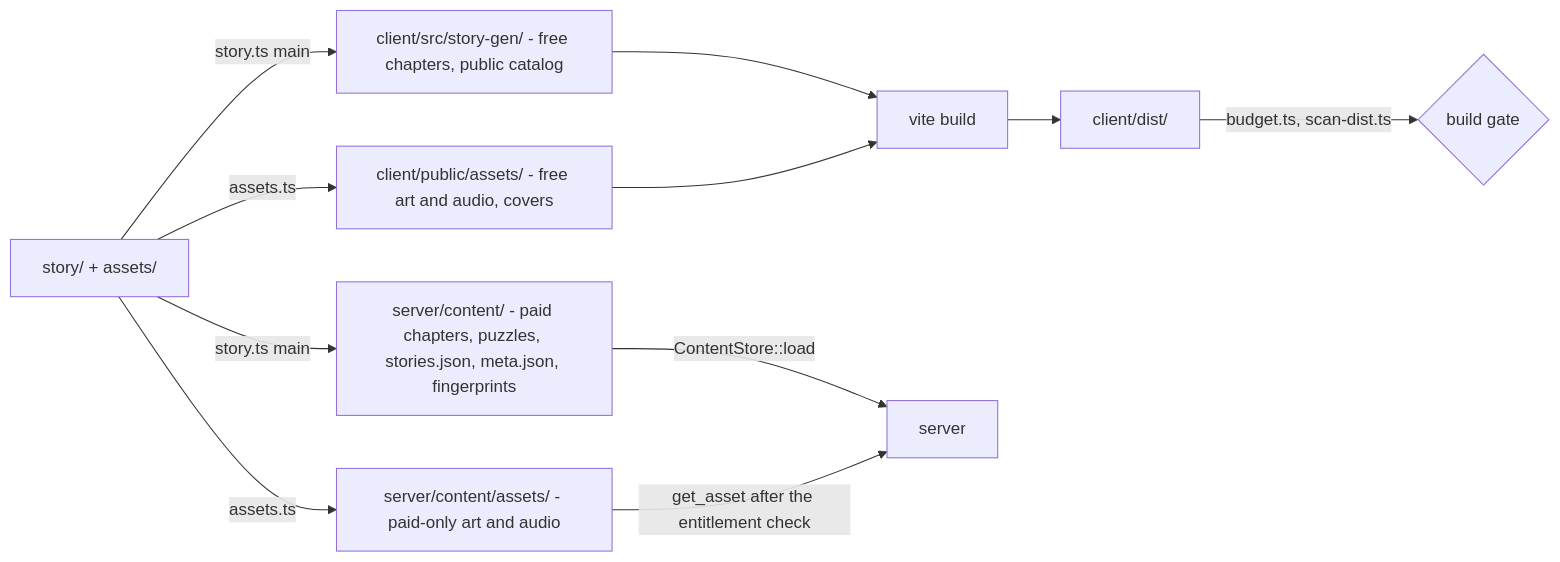
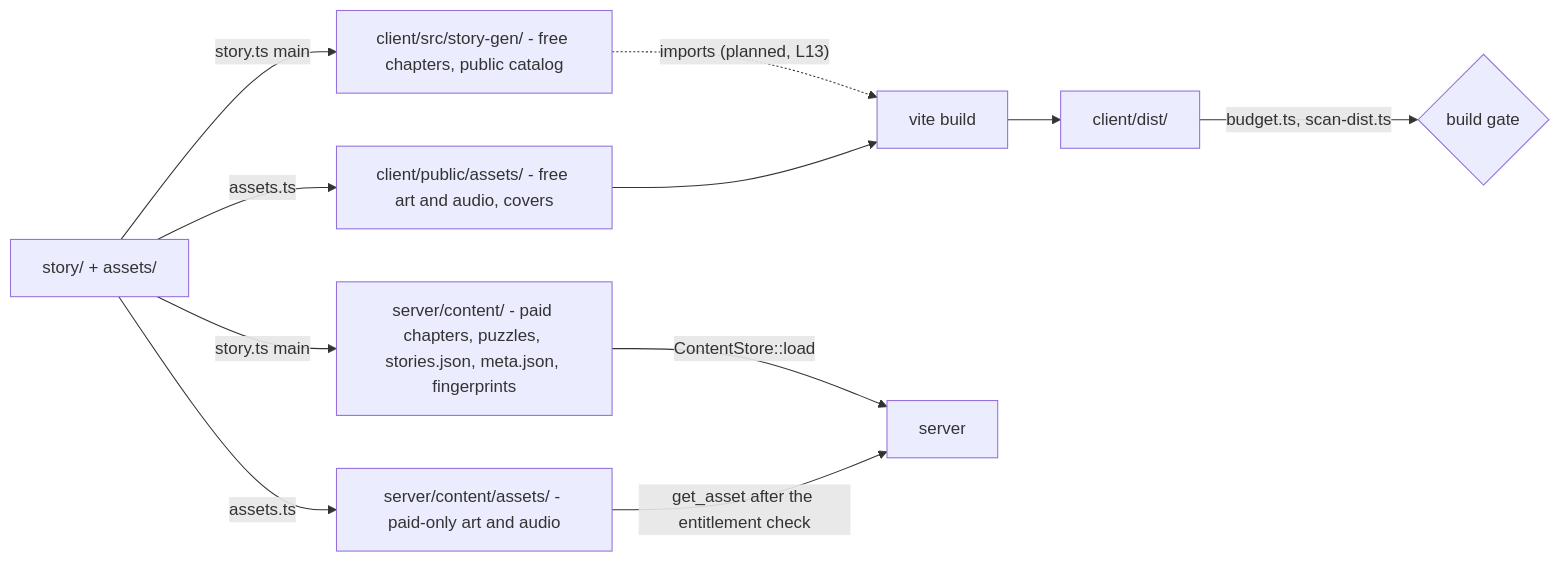
One commit to bluesteelll/tg-app-novel changed the first of 5 diagrams in docs/ARCHITECTURE.md. Above: the diagram before and after it, drawn with Mermaid. The commit also changed other lines of this file and 2 other files, not shown here.

````diff
--- a/docs/ARCHITECTURE.md
+++ b/docs/ARCHITECTURE.md
@@ -20,13 +20,13 @@
 ```mermaid
 flowchart LR
     S["story/ + assets/"] -->|"story.ts main"| SG["client/src/story-gen/ - free chapters, public catalog"]
     S -->|"story.ts main"| SC["server/content/ - paid chapters, puzzles, stories.json, meta.json, fingerprints"]
     S -->|"assets.ts"| PA["client/public/assets/ - free art and audio, covers"]
     S -->|"assets.ts"| SA["server/content/assets/ - paid-only art and audio"]
-    SG --> V["vite build"]
+    SG -.->|"imports (planned, L13)"| V["vite build"]
     PA --> V
     V --> D["client/dist/"]
     D -->|"budget.ts, scan-dist.ts"| G{"build gate"}
     SC -->|"ContentStore::load"| SRV["server"]
     SA -->|"get_asset after the entitlement check"| SRV
 ```
````
